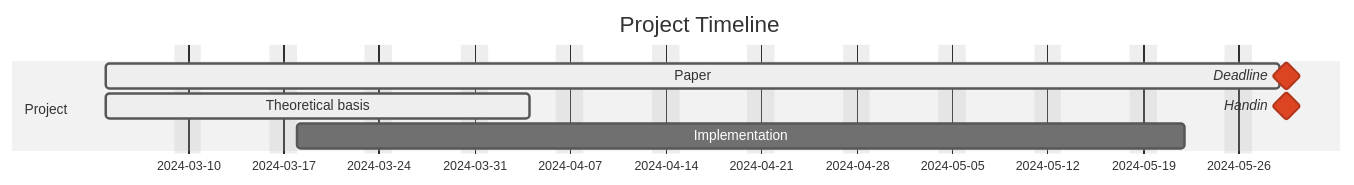
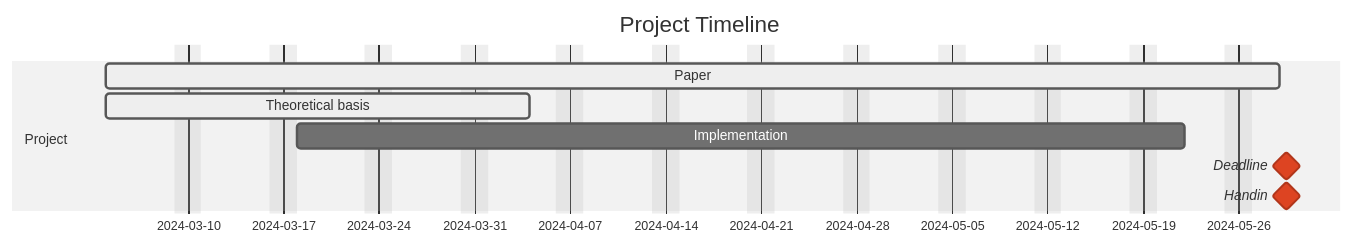
Before and after one commit to AAU-Dat/P8-supporting-schema-creation: the diagram in Writerside/topics/Roadmap.md, drawn with Mermaid (neutral theme).

Commit message:
removed compact mode from roadmap

````diff
--- a/Writerside/topics/Roadmap.md
+++ b/Writerside/topics/Roadmap.md
@@ -2,16 +2,13 @@
 ```mermaid
----
-displayMode: compact
----
 gantt
     title Project Timeline
     dateFormat  YYYY-MM-DD
     excludes weekends
     
     section Project
     Paper: active, 2024-03-04, 2024-05-29
     Theoretical basis: active, 2024-03-04, 2024-04-04
     Implementation: inactive, 2024-03-18, 2024-05-22
     Deadline: crit, milestone, 2024-05-29, 1d
     Handin: crit, milestone, 2024-05-29, 1d
 ```
````
